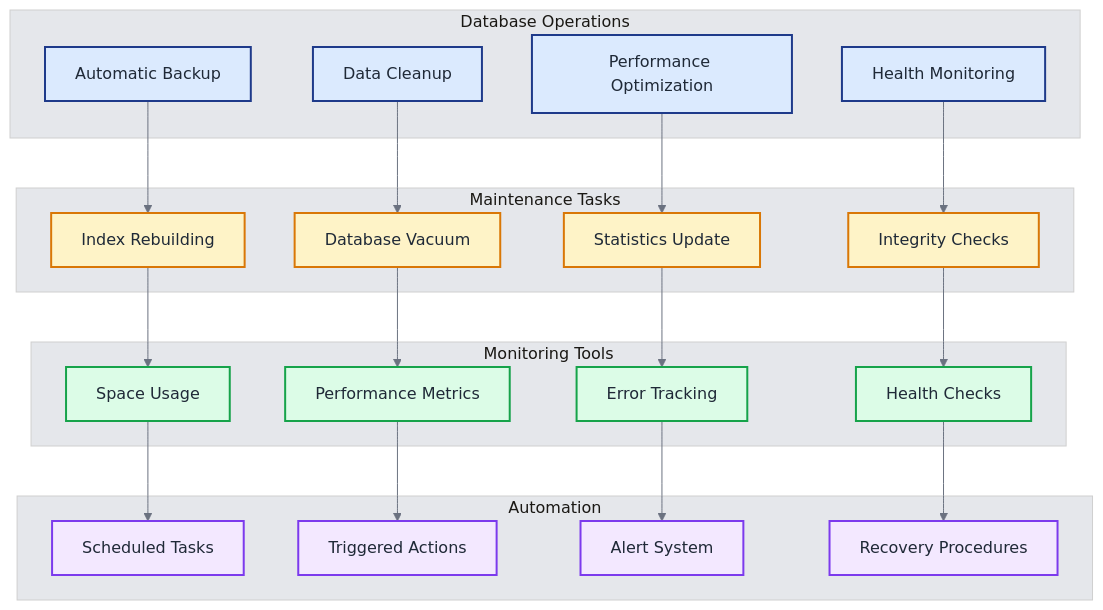
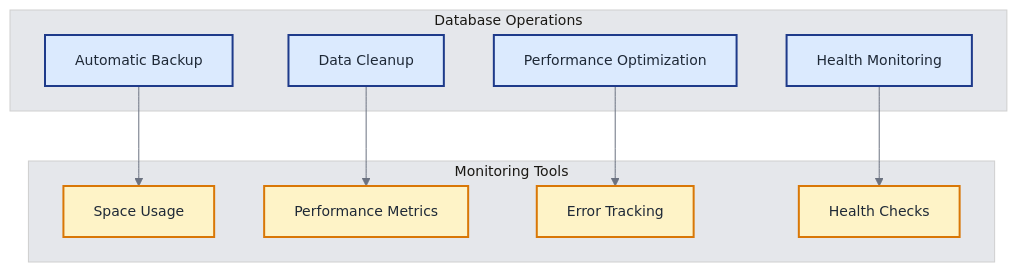
One commit to khaosans/basic-chat changed the fourth of 7 diagrams in docs/DEVELOPMENT.md. Above: the diagram before and after it, drawn with Mermaid. The commit also changed other lines of this file and 3 other files, not shown here.

Commit message:
docs: Revise technical overview and update architecture diagrams - Simplify terminology and improve clarity in diagrams - Adjust font sizes and class definitions for better readability

````diff
--- a/docs/DEVELOPMENT.md
+++ b/docs/DEVELOPMENT.md
@@ -450,56 +376,28 @@
 ```mermaid
-%%{init: {'theme': 'base', 'themeVariables': { 'fontSize': '16px', 'fontFamily': 'Arial, sans-serif', 'primaryColor': '#1e3a8a', 'primaryTextColor': '#1f2937', 'primaryBorderColor': '#374151', 'lineColor': '#6b7280', 'secondaryColor': '#f3f4f6', 'tertiaryColor': '#e5e7eb', 'edgeLabelBackground': '#f9fafb'}}}%%
+%%{init: {'theme': 'base', 'themeVariables': { 'fontSize': '14px', 'fontFamily': 'Arial, sans-serif', 'primaryColor': '#1e3a8a', 'primaryTextColor': '#1f2937', 'primaryBorderColor': '#374151', 'lineColor': '#6b7280', 'secondaryColor': '#f3f4f6', 'tertiaryColor': '#e5e7eb'}}}%%
 graph TB
     subgraph "Database Operations"
         BACKUP[Automatic Backup]
         CLEANUP[Data Cleanup]
         OPTIMIZATION[Performance Optimization]
         MONITORING[Health Monitoring]
-    end
-    
-    subgraph "Maintenance Tasks"
-        INDEX_REBUILD[Index Rebuilding]
-        VACUUM[Database Vacuum]
-        STATISTICS[Statistics Update]
-        INTEGRITY[Integrity Checks]
     end
     
     subgraph "Monitoring Tools"
         SPACE_USAGE[Space Usage]
         PERFORMANCE[Performance Metrics]
         ERROR_TRACKING[Error Tracking]
         HEALTH_CHECKS[Health Checks]
     end
     
-    subgraph "Automation"
-        SCHEDULED[Scheduled Tasks]
-        TRIGGERED[Triggered Actions]
-        ALERTS[Alert System]
-        RECOVERY[Recovery Procedures]
-    end
-    
-    BACKUP --> INDEX_REBUILD
-    CLEANUP --> VACUUM
-    OPTIMIZATION --> STATISTICS
-    MONITORING --> INTEGRITY
-    
-    INDEX_REBUILD --> SPACE_USAGE
-    VACUUM --> PERFORMANCE
-    STATISTICS --> ERROR_TRACKING
-    INTEGRITY --> HEALTH_CHECKS
-    
-    SPACE_USAGE --> SCHEDULED
-    PERFORMANCE --> TRIGGERED
-    ERROR_TRACKING --> ALERTS
-    HEALTH_CHECKS --> RECOVERY
+    BACKUP --> SPACE_USAGE
+    CLEANUP --> PERFORMANCE
+    OPTIMIZATION --> ERROR_TRACKING
+    MONITORING --> HEALTH_CHECKS
     
     classDef operations fill:#dbeafe,stroke:#1e3a8a,stroke-width:2px,color:#1f2937
-    classDef maintenance fill:#fef3c7,stroke:#d97706,stroke-width:2px,color:#1f2937
-    classDef monitoring fill:#dcfce7,stroke:#16a34a,stroke-width:2px,color:#1f2937
-    classDef automation fill:#f3e8ff,stroke:#7c3aed,stroke-width:2px,color:#1f2937
+    classDef monitoring fill:#fef3c7,stroke:#d97706,stroke-width:2px,color:#1f2937
     
     class BACKUP,CLEANUP,OPTIMIZATION,MONITORING operations
-    class INDEX_REBUILD,VACUUM,STATISTICS,INTEGRITY maintenance
     class SPACE_USAGE,PERFORMANCE,ERROR_TRACKING,HEALTH_CHECKS monitoring
-    class SCHEDULED,TRIGGERED,ALERTS,RECOVERY automation
 ```
````
